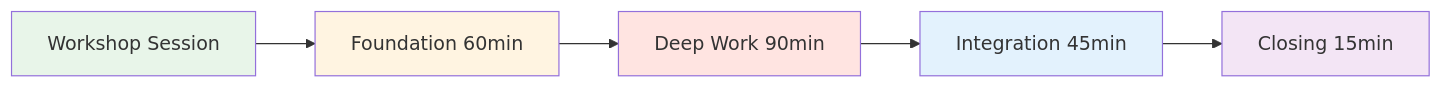
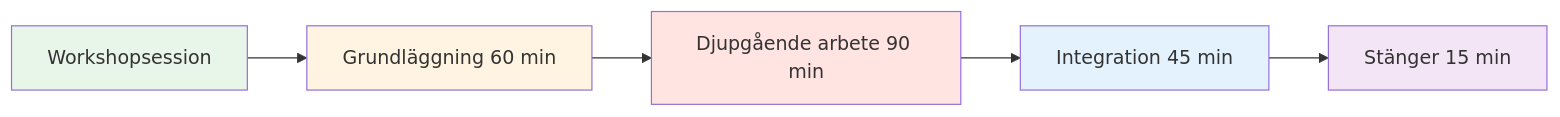
The first of 4 diagrams in docs/sv/workshop.md (patwii/petanque-academy), drawn with Mermaid before and after one commit. The commit also changed other lines of this file and 532 other files, not shown here.

````diff
--- a/docs/sv/workshop.md
+++ b/docs/sv/workshop.md
@@ -13,13 +49,13 @@
 ```mermaid
 graph LR
-    A[Workshop Session] --> B[Foundation 60min]
-    B --> C[Deep Work 90min]
-    C --> D[Integration 45min]
-    D --> E[Closing 15min]
+    A[Workshopsession] --> B[Grundläggning 60 min]
+    B --> C[Djupgående arbete 90 min]
+    C --> D[Integration 45 min]
+    D --> E[Stänger 15 min]
 
     style A fill:#e8f5e9
     style B fill:#fff4e1
     style C fill:#ffe4e1
     style D fill:#e3f2fd
     style E fill:#f3e5f5
 ```
````
